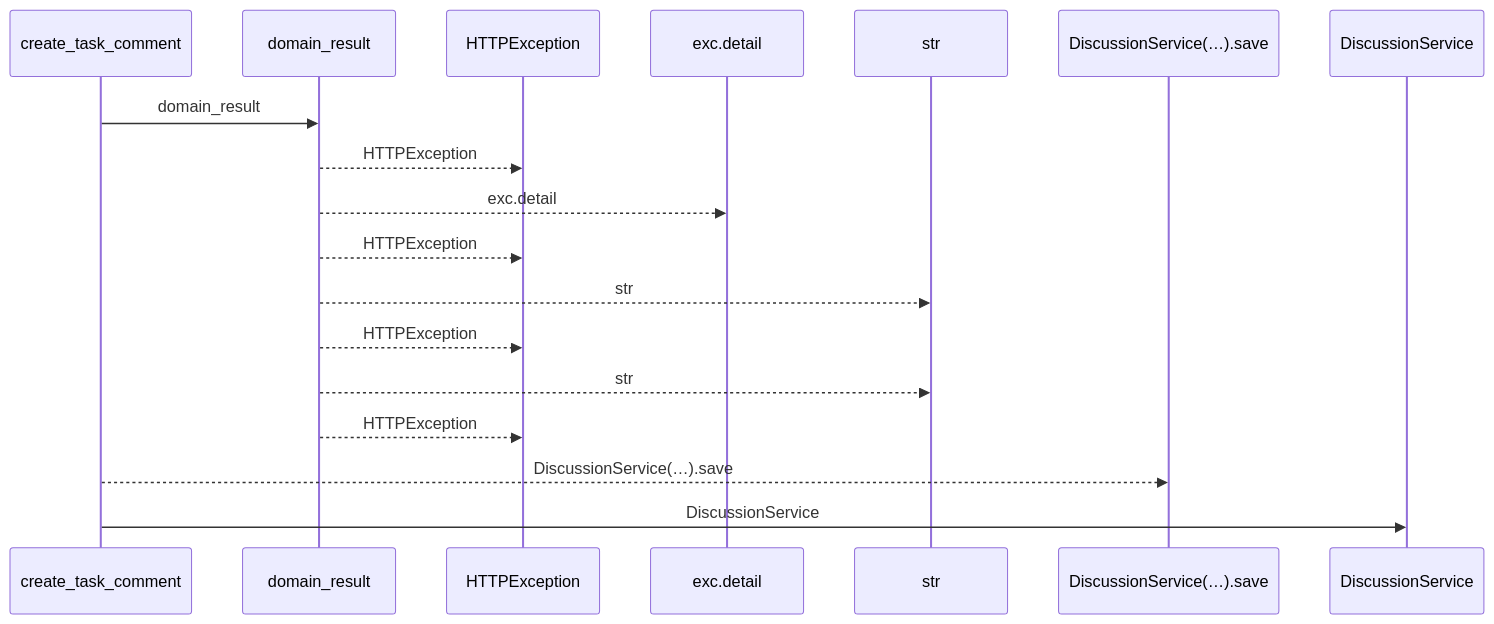
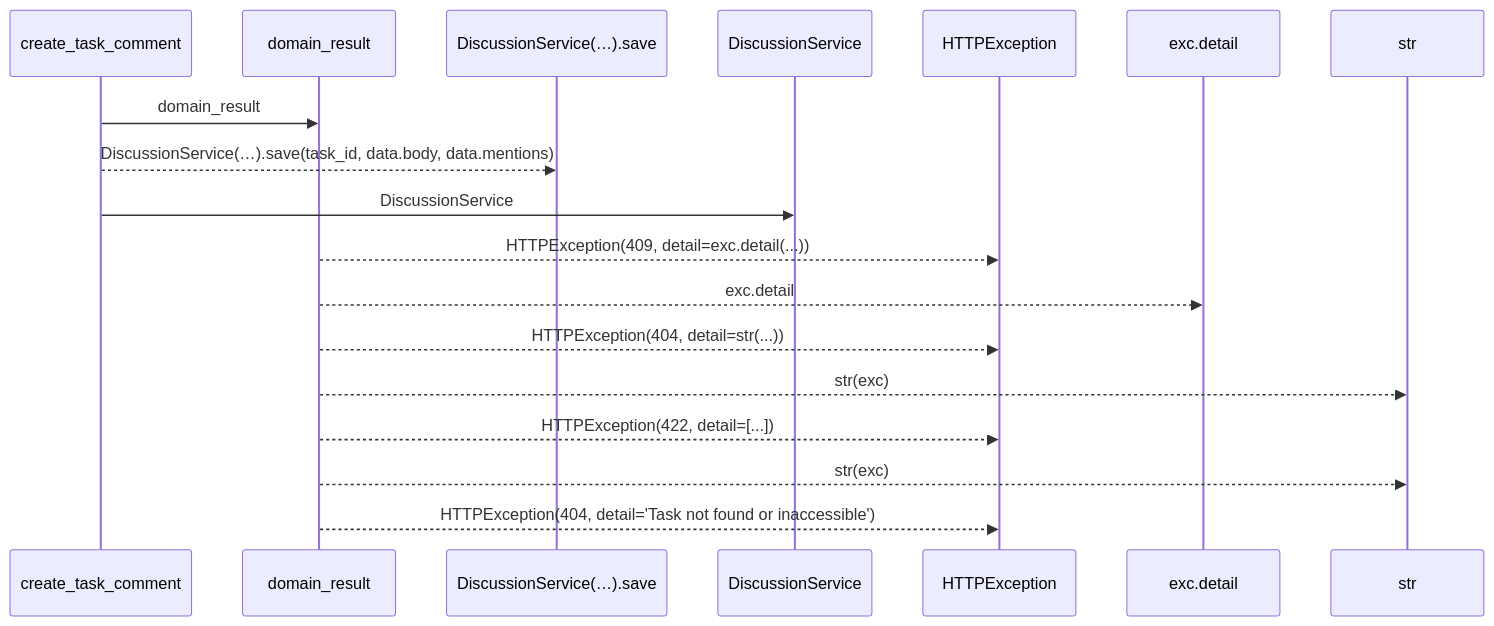
Before and after one commit to Denissvgn/WorkChord: the first of 2 diagrams in docs/llm_wiki/flows/http-create_task_comment.md, drawn with Mermaid. The commit also changed other lines of this file and 25171 other files, not shown here.

````diff
--- a/docs/llm_wiki/flows/http-create_task_comment.md
+++ b/docs/llm_wiki/flows/http-create_task_comment.md
@@ -10,20 +12,20 @@
 ```mermaid
 sequenceDiagram
     participant p0 as create_task_comment
     participant p1 as domain_result
-    participant p2 as HTTPException
-    participant p3 as exc.detail
-    participant p4 as str
-    participant p5 as DiscussionService(…).save
-    participant p6 as DiscussionService
+    participant p2 as DiscussionService(…).save
+    participant p3 as DiscussionService
+    participant p4 as HTTPException
+    participant p5 as exc.detail
+    participant p6 as str
     p0->>p1: domain_result
-    p1-->>p2: HTTPException
-    p1-->>p3: exc.detail
-    p1-->>p2: HTTPException
-    p1-->>p4: str
-    p1-->>p2: HTTPException
-    p1-->>p4: str
-    p1-->>p2: HTTPException
-    p0-->>p5: DiscussionService(…).save
-    p0->>p6: DiscussionService
+    p0-->>p2: DiscussionService(…).save(task_id, data.body, data.mentions)
+    p0->>p3: DiscussionService
+    p1-->>p4: HTTPException(409, detail=exc.detail(...))
+    p1-->>p5: exc.detail
+    p1-->>p4: HTTPException(404, detail=str(...))
+    p1-->>p6: str(exc)
+    p1-->>p4: HTTPException(422, detail=[...])
+    p1-->>p6: str(exc)
+    p1-->>p4: HTTPException(404, detail='Task not found or inaccessible')
 ```
````
